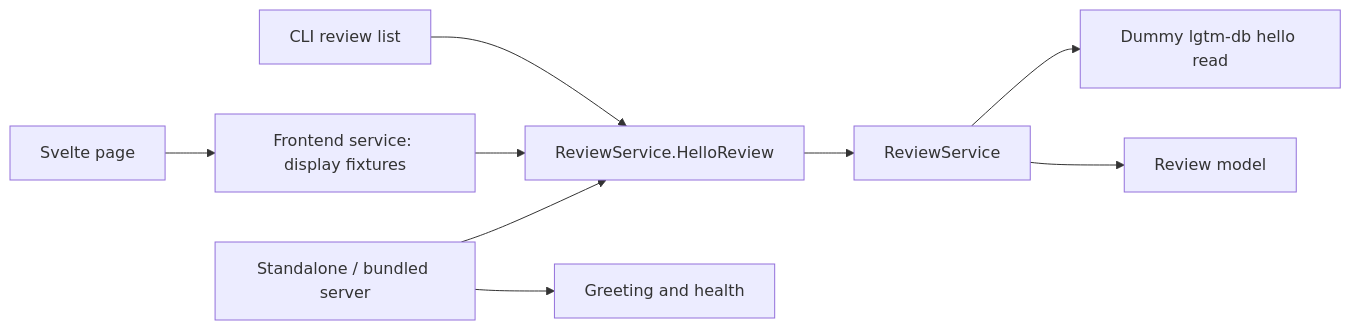
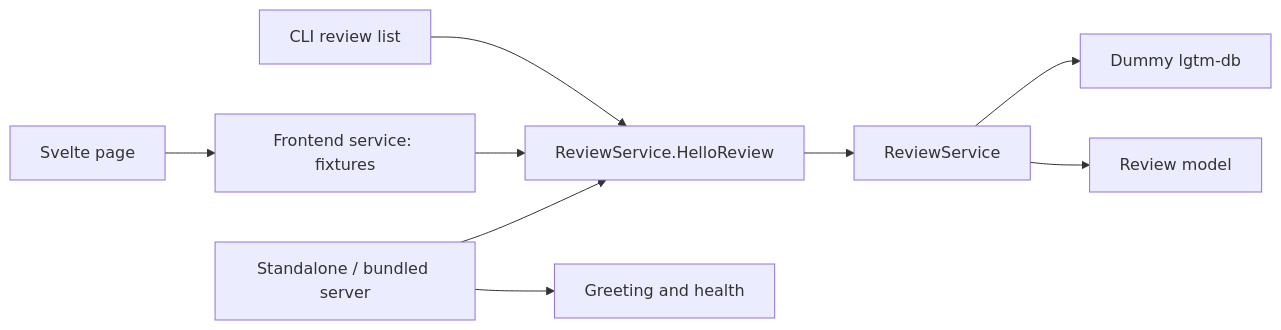
The first of 3 diagrams in docs/architecture/index.md (difflab-io/lgtm), drawn with Mermaid before and after one commit. The commit also changed other lines of this file and 18 other files, not shown here.

Commit message:
docs: preserve architecture templates and restore reviewed content

````diff
--- a/docs/architecture/index.md
+++ b/docs/architecture/index.md
@@ -5,11 +37,11 @@
 ```mermaid
 flowchart LR
     CLI["CLI review list"] --> RPC["ReviewService.HelloReview"]
-    WEB["Svelte page"] --> FRONT["Frontend service: display fixtures"]
+    WEB["Svelte page"] --> FRONT["Frontend service: fixtures"]
     FRONT --> RPC
     RPC --> SERVICE["ReviewService"]
-    SERVICE --> DB["Dummy lgtm-db hello read"]
+    SERVICE --> DB["Dummy lgtm-db"]
     SERVICE --> MODEL["Review model"]
     HOST["Standalone / bundled server"] --> RPC
     HOST --> HEALTH["Greeting and health"]
 ```
````
